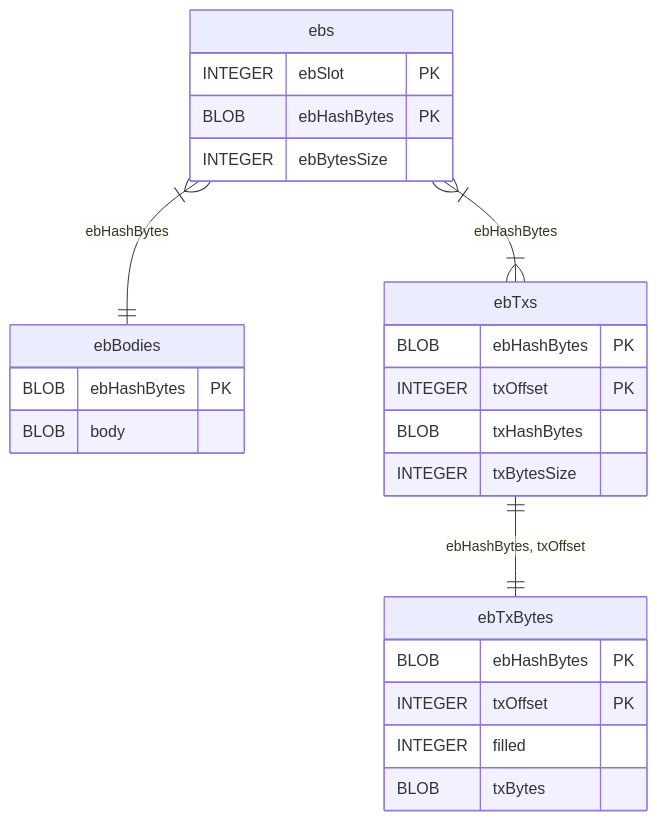
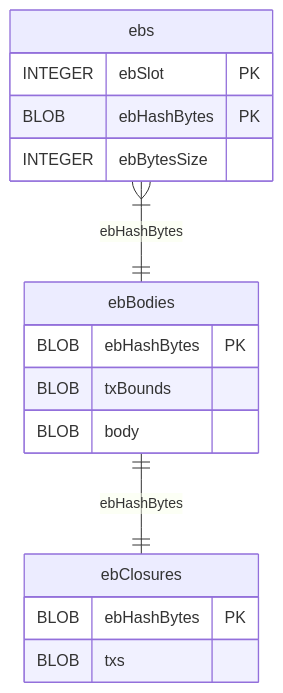
The third of 3 diagrams in docs/website/contents/explanations/leiosdb.md (IntersectMBO/ouroboros-consensus), drawn with Mermaid before and after one commit. The commit also changed other lines of this file and 18 other files, not shown here.

````diff
--- a/docs/website/contents/explanations/leiosdb.md
+++ b/docs/website/contents/explanations/leiosdb.md
@@ -89,28 +80,20 @@
 ```mermaid
 erDiagram
     ebs {
         INTEGER ebSlot PK
         BLOB ebHashBytes PK
         INTEGER ebBytesSize
     }
     ebBodies {
         BLOB ebHashBytes PK
+        BLOB txBounds
         BLOB body
     }
-    ebTxs {
+    ebClosures {
         BLOB ebHashBytes PK
-        INTEGER txOffset PK
-        BLOB txHashBytes
-        INTEGER txBytesSize
-    }
-    ebTxBytes {
-        BLOB ebHashBytes PK
-        INTEGER txOffset PK
-        INTEGER filled
-        BLOB txBytes
+        BLOB txs
     }
 
     ebs }|--|| ebBodies : "ebHashBytes"
-    ebs }|--|{ ebTxs : "ebHashBytes"
-    ebTxs ||--|| ebTxBytes : "ebHashBytes, txOffset"
+    ebBodies ||--|| ebClosures : "ebHashBytes"
 ```
````
